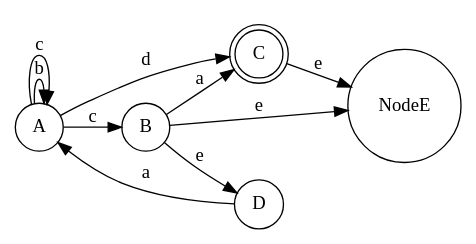
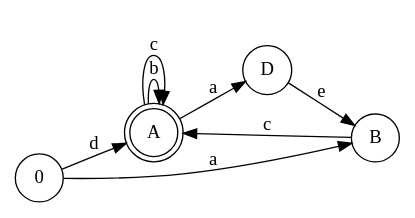
One commit to kingpijamas/tla-tp1 changed the diagram in out.dot. Above: the diagram before and after it, drawn with Graphviz. The commit also changed 5 other files, not shown here.

```diff
--- a/out.dot
+++ b/out.dot
@@ -1,22 +1,20 @@
 digraph {
 rankdir = "LR";	 //De izquierda a derecha
 
 //Nodos
-node	[shape=circle] NodeA [label="A"];
+node	[shape=circle] Node0 [label="0"];
+node	[shape=doublecircle] NodeA [label="A"];
 node	[shape=circle] NodeB [label="B"];
-node	[shape=doublecircle] NodeC [label="C"];
 node	[shape=circle] NodeD [label="D"];
 
 
 //Transiciones
+Node0 -> NodeA [label="d"];
+Node0 -> NodeB [label="a"];
 NodeA -> NodeA [label="b"];
-NodeA -> NodeB [label="c"];
-NodeA -> NodeC [label="d"];
-NodeB -> NodeD [label="e"];
-NodeB -> NodeC [label="a"];
-NodeC -> NodeE [label="e"];
 NodeA -> NodeA [label="c"];
-NodeD -> NodeA [label="a"];
-NodeB -> NodeE [label="e"];
+NodeA -> NodeD [label="a"];
+NodeB -> NodeA [label="c"];
+NodeD -> NodeB [label="e"];
 
 }
```
